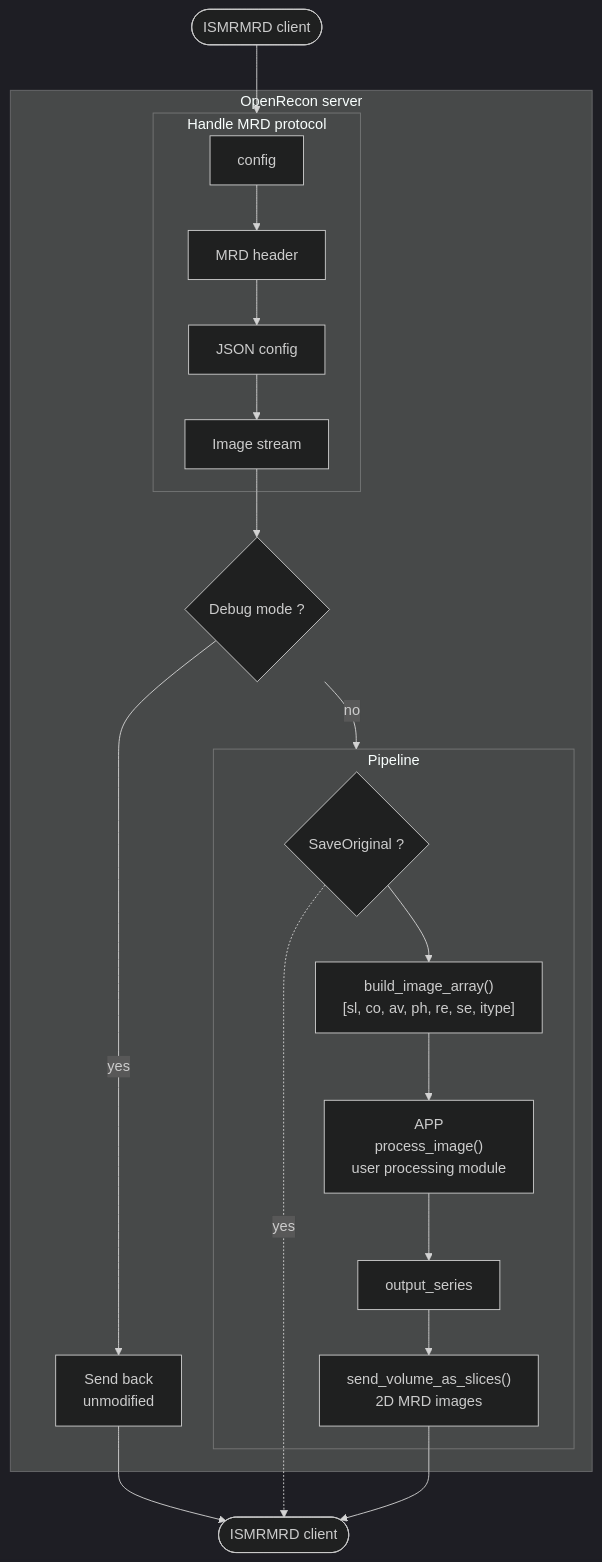
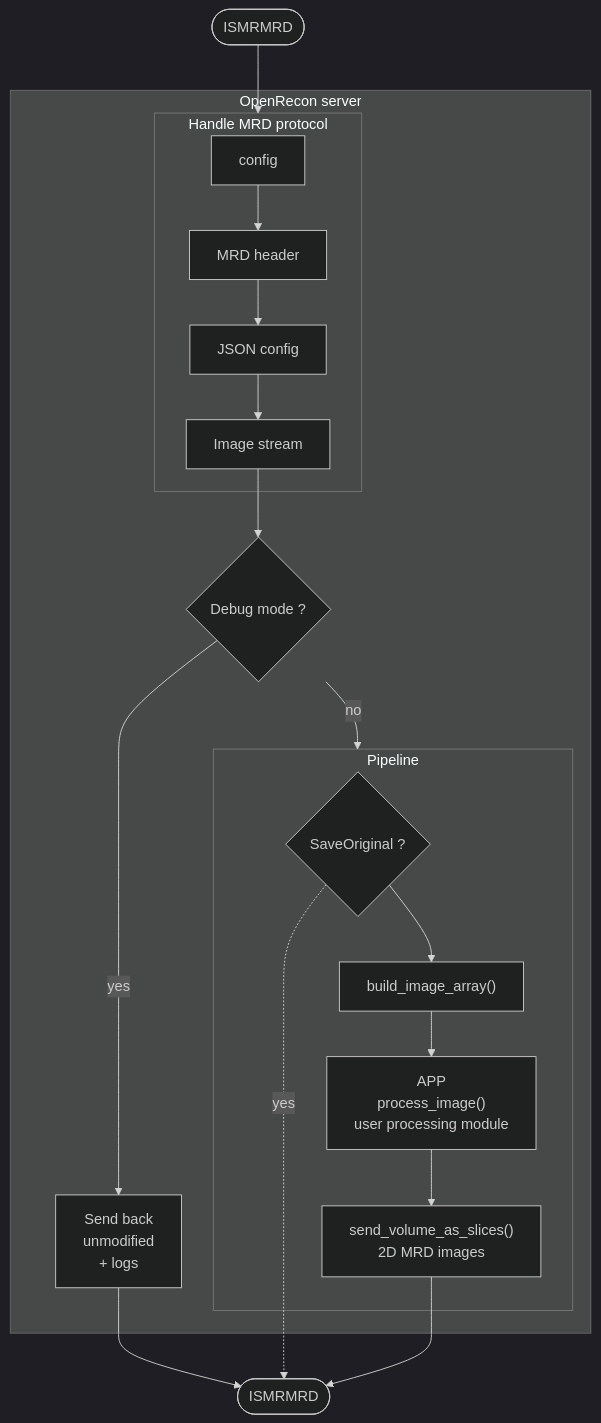
Before and after one commit to benoitberanger/python-openrecon-server: the diagram in README.md, drawn with Mermaid (dark theme). The commit also changed 10 other files, not shown here.

First line of the commit message:
Adding saveFolder option + fonctional enum for img_array

````diff
--- a/README.md
+++ b/README.md
@@ -30,36 +30,36 @@
 ```mermaid
 flowchart TB
-    input([ISMRMRD client]) --> handle
+    input([ISMRMRD]) --> handle
 
     subgraph server[OpenRecon server]
 
         subgraph handle["Handle MRD protocol"]
             config["config"]
             metadata["MRD header"]
             json["JSON config"]
             image_stream["Image stream"]
 
             config --> metadata --> json --> image_stream
         end
 
         image_stream --> debug{Debug mode ?}
 
-        debug -->|yes| passthrough["Send back\nunmodified"]
+        debug -->|yes| passthrough["Send back\nunmodified\n+ logs"]
 
         debug -->|no| pipeline
 
         subgraph pipeline["Pipeline"]
             save_orig{"SaveOriginal ?"}
-            nd_array["build_image_array()\n[sl, co, av, ph, re, se, itype]"]
+            nd_array["build_image_array()"]
             app["APP\nprocess_image()\nuser processing module"]
             send_slices["send_volume_as_slices()\n2D MRD images"]
 
-            save_orig --> nd_array --> app --> output_series --> send_slices
+            save_orig --> nd_array --> app --> send_slices
         end
 
     end
 
-    passthrough --> output([ISMRMRD client])
+    passthrough --> output([ISMRMRD])
     save_orig -.->|yes| output
     send_slices --> output
 ```
````
